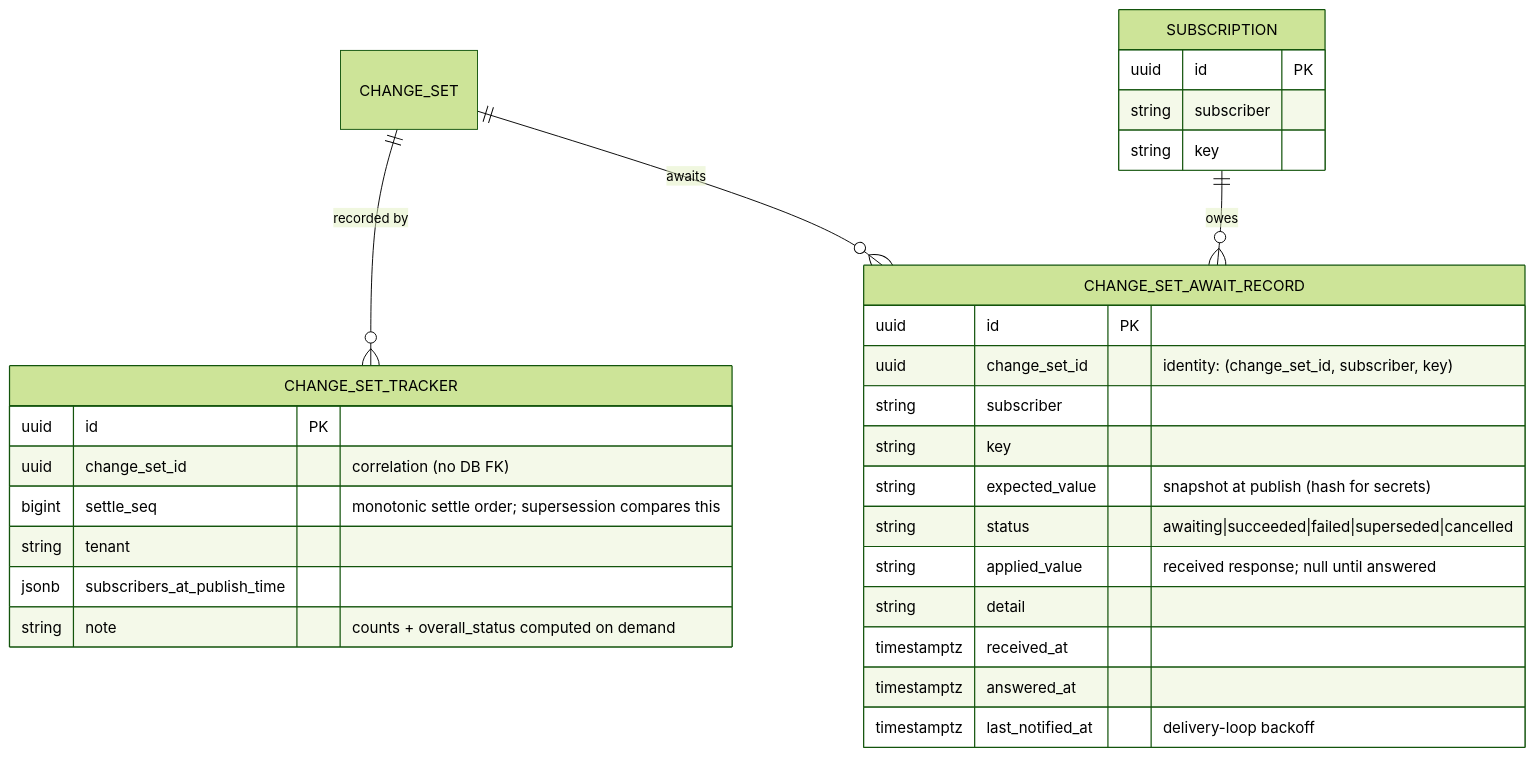
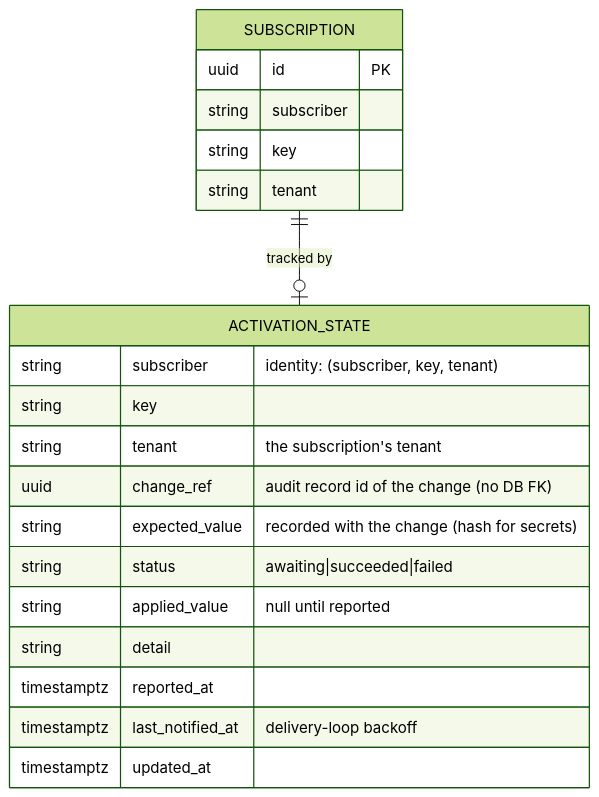
The third of 5 diagrams in gears/settings-service/docs/DESIGN-activation.md (constructorfabric/gears-rust), drawn with Mermaid (forest theme) before and after one commit. The commit also changed other lines of this file and 4 other files, not shown here.

````diff
--- a/gears/settings-service/docs/DESIGN-activation.md
+++ b/gears/settings-service/docs/DESIGN-activation.md
@@ -416,32 +407,23 @@
 ```mermaid
 erDiagram
- CHANGE_SET ||--o{ CHANGE_SET_TRACKER : "recorded by"
- CHANGE_SET ||--o{ CHANGE_SET_AWAIT_RECORD : "awaits"
- SUBSCRIPTION ||--o{ CHANGE_SET_AWAIT_RECORD : "owes"
+ SUBSCRIPTION ||--o| ACTIVATION_STATE : "tracked by"
  SUBSCRIPTION {
  uuid id PK
  string subscriber
  string key
+ string tenant
  }
- CHANGE_SET_TRACKER {
- uuid id PK
- uuid change_set_id "correlation (no DB FK)"
- bigint settle_seq "monotonic settle order; supersession compares this"
- string tenant
- jsonb subscribers_at_publish_time
- string note "counts + overall_status computed on demand"
- }
- CHANGE_SET_AWAIT_RECORD {
- uuid id PK
- uuid change_set_id "identity: (change_set_id, subscriber, key)"
- string subscriber
+ ACTIVATION_STATE {
+ string subscriber "identity: (subscriber, key, tenant)"
  string key
- string expected_value "snapshot at publish (hash for secrets)"
- string status "awaiting|succeeded|failed|superseded|cancelled"
- string applied_value "received response; null until answered"
+ string tenant "the subscription's tenant"
+ uuid change_ref "audit record id of the change (no DB FK)"
+ string expected_value "recorded with the change (hash for secrets)"
+ string status "awaiting|succeeded|failed"
+ string applied_value "null until reported"
  string detail
- timestamptz received_at
- timestamptz answered_at
+ timestamptz reported_at
  timestamptz last_notified_at "delivery-loop backoff"
+ timestamptz updated_at
  }
 ```
````
